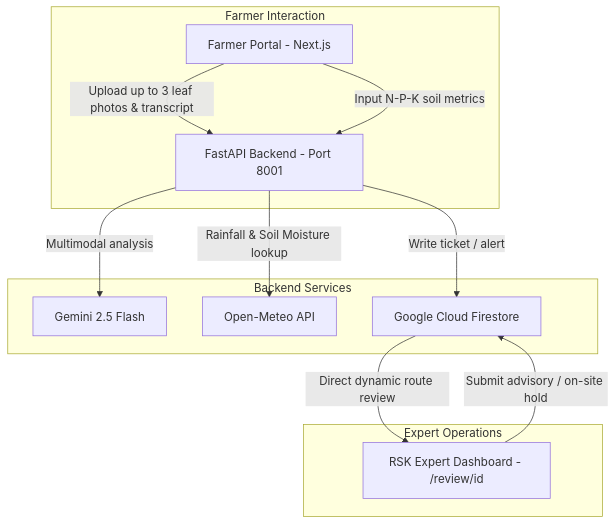
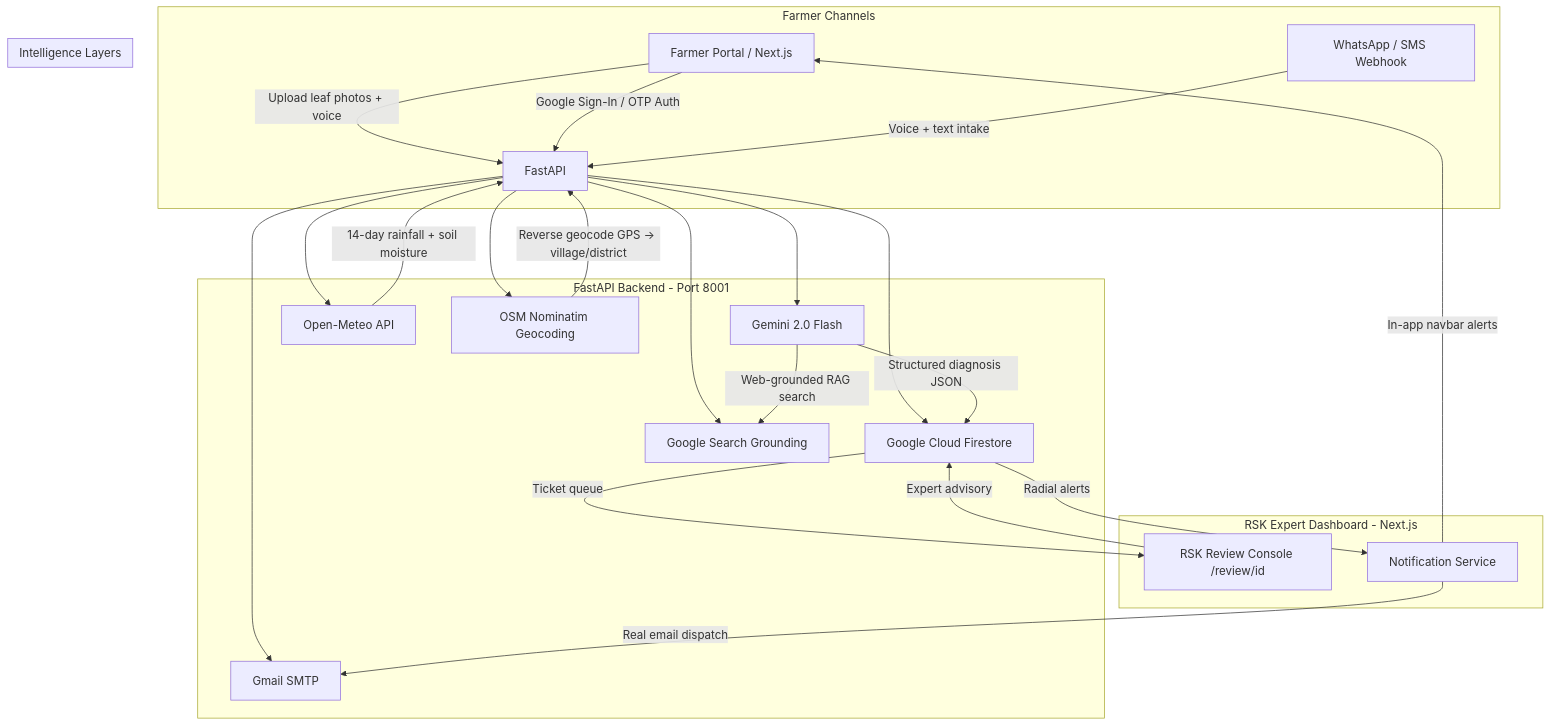
One commit to Aryan-Samadder-07/Farm_Fit changed the diagram in README.md. Above: the diagram before and after it, drawn with Mermaid. The commit also changed other lines of this file and 15 other files, not shown here.

````diff
--- a/README.md
+++ b/README.md
@@ -9,19 +9,32 @@
 ```mermaid
 graph TD
-    subgraph Farmer Interaction
-        FA[Farmer Portal - Next.js] -->|Upload up to 3 leaf photos & transcript| FastAPI
-        FA -->|Input N-P-K soil metrics| FastAPI
+    subgraph Farmer Channels
+        FA[Farmer Portal / Next.js] -->|Upload leaf photos + voice| FastAPI
+        FA -->|Google Sign-In / OTP Auth| FastAPI
+        WH[WhatsApp / SMS Webhook] -->|Voice + text intake| FastAPI
     end
 
-    subgraph Backend Services
-        FastAPI[FastAPI Backend - Port 8001]
-        FastAPI -->|Multimodal analysis| Gemini[Gemini 2.5 Flash]
-        FastAPI -->|Rainfall & Soil Moisture lookup| OpenMeteo[Open-Meteo API]
-        FastAPI -->|Write ticket / alert| Firestore[Google Cloud Firestore]
+    subgraph FastAPI Backend - Port 8001
+        FastAPI --> Gemini[Gemini 2.0 Flash]
+        FastAPI --> Firestore[Google Cloud Firestore]
+        FastAPI --> OpenMeteo[Open-Meteo API]
+        FastAPI --> Nominatim[OSM Nominatim Geocoding]
+        FastAPI --> GSearch[Google Search Grounding]
+        FastAPI --> SMTP[Gmail SMTP]
     end
 
-    subgraph Expert Operations
-        Firestore -->|Direct dynamic route review| RSK[RSK Expert Dashboard - /review/id]
-        RSK -->|Submit advisory / on-site hold| Firestore
+    subgraph RSK Expert Dashboard - Next.js
+        Firestore -->|Ticket queue| RSK[RSK Review Console /review/id]
+        RSK -->|Expert advisory| Firestore
+        Firestore -->|Radial alerts| NotifSvc[Notification Service]
+        NotifSvc -->|Real email dispatch| SMTP
+        NotifSvc -->|In-app navbar alerts| FA
+    end
+
+    subgraph Intelligence Layers
+        Gemini -->|Structured diagnosis JSON| Firestore
+        Gemini -->|Web-grounded RAG search| GSearch
+        OpenMeteo -->|14-day rainfall + soil moisture| FastAPI
+        Nominatim -->|Reverse geocode GPS → village/district| FastAPI
     end
 ```
````
